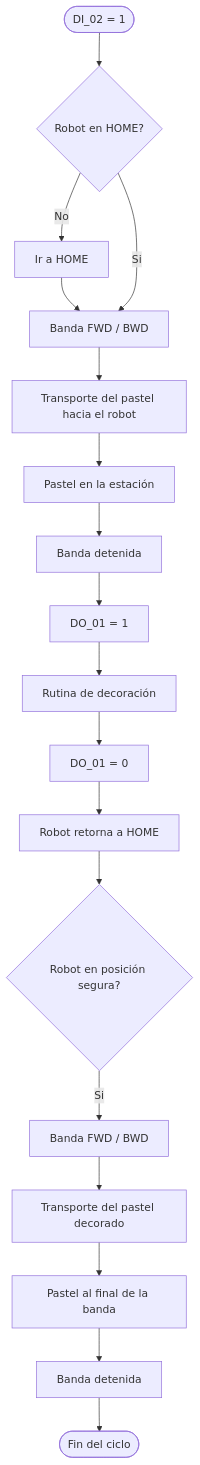
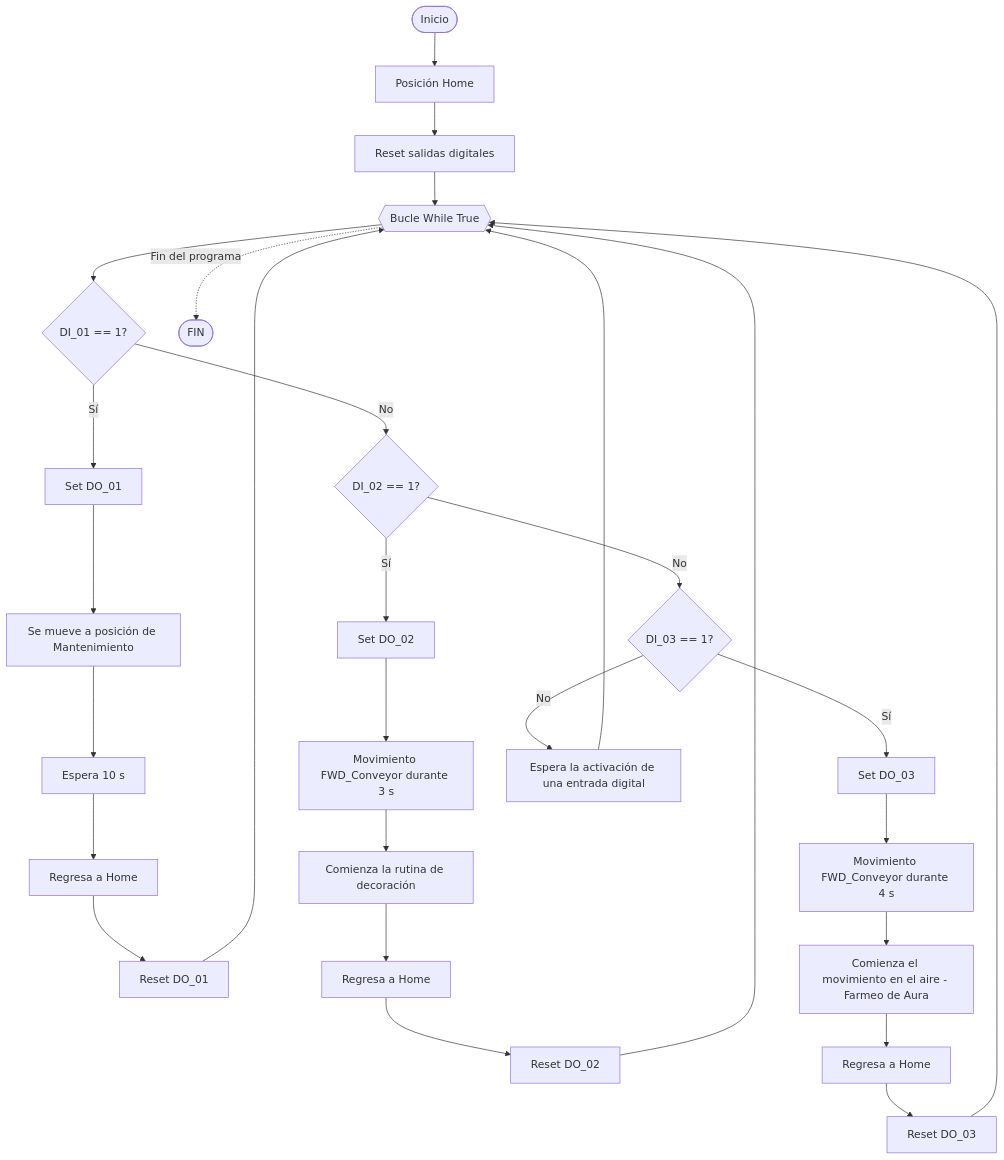
Before and after one commit to labsir-un/Robotica_2026-II_Grupo_3A_Jordan_Vargas: the diagram in Laboratorio No. 01 - Robótica Industrial ABB IRB140 y RobotStudio/README.MD, drawn with Mermaid. The commit also changed other lines of this file, not shown here.

````diff
--- a/Laboratorio No. 01 - Robótica Industrial ABB IRB140 y RobotStudio/README.MD
+++ b/Laboratorio No. 01 - Robótica Industrial ABB IRB140 y RobotStudio/README.MD
@@ -135,19 +117,38 @@
 ```mermaid
 flowchart TD
-    A([DI_02 = 1]) --> B{Robot en HOME?}
-    B -- No --> B1[Ir a HOME] --> C
-    B -- Si --> C[Banda FWD / BWD]
-    C --> D[Transporte del pastel hacia el robot]
-    D --> E[Pastel en la estación]
-    E --> F[Banda detenida]
-    F --> G["DO_01 = 1"]
-    G --> H[Rutina de decoración]
-    H --> I["DO_01 = 0"]
-    I --> J[Robot retorna a HOME]
-    J --> K{Robot en posición segura?}
-    K -- Si --> L[Banda FWD / BWD]
-    L --> M[Transporte del pastel decorado]
-    M --> N[Pastel al final de la banda]
-    N --> O[Banda detenida]
-    O --> P([Fin del ciclo])
+    A([Inicio]) --> B[Posición Home]
+    B --> C[Reset salidas digitales]
+    C --> D{{Bucle While True}}
+
+    D --> E{DI_01 == 1?}
+
+    E -- Sí --> F[Set DO_01]
+    F --> G[Se mueve a posición de Mantenimiento]
+    G --> H[Espera 10 s]
+    H --> I[Regresa a Home]
+    I --> J[Reset DO_01]
+    J --> D
+
+    E -- No --> K{DI_02 == 1?}
+
+    K -- Sí --> L[Set DO_02]
+    L --> M[Movimiento FWD_Conveyor durante 3 s]
+    M --> N[Comienza la rutina de decoración]
+    N --> O[Regresa a Home]
+    O --> P[Reset DO_02]
+    P --> D
+
+    K -- No --> Q{DI_03 == 1?}
+
+    Q -- Sí --> R[Set DO_03]
+    R --> S[Movimiento FWD_Conveyor durante 4 s]
+    S --> T[Comienza el movimiento en el aire - Farmeo de Aura]
+    T --> U[Regresa a Home]
+    U --> V[Reset DO_03]
+    V --> D
+
+    Q -- No --> W[Espera la activación de una entrada digital]
+    W --> D
+
+    D -. Fin del programa .-> Z([FIN])
 ```
````
